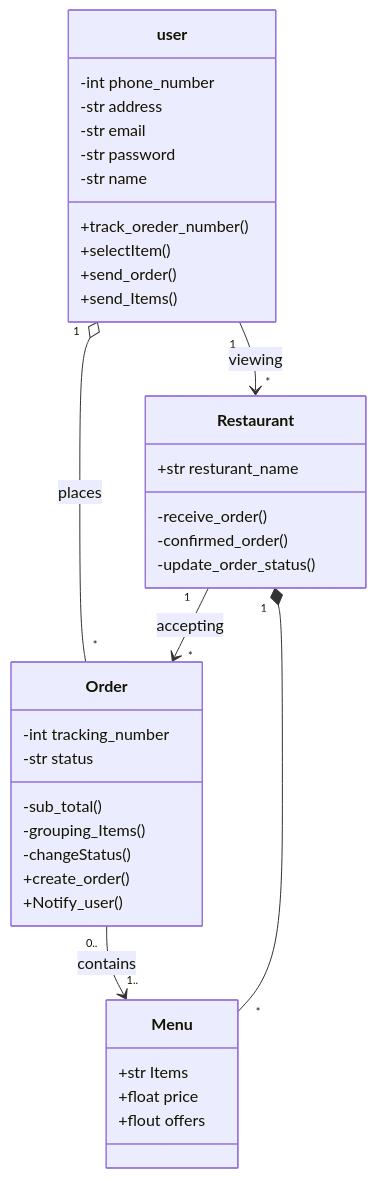
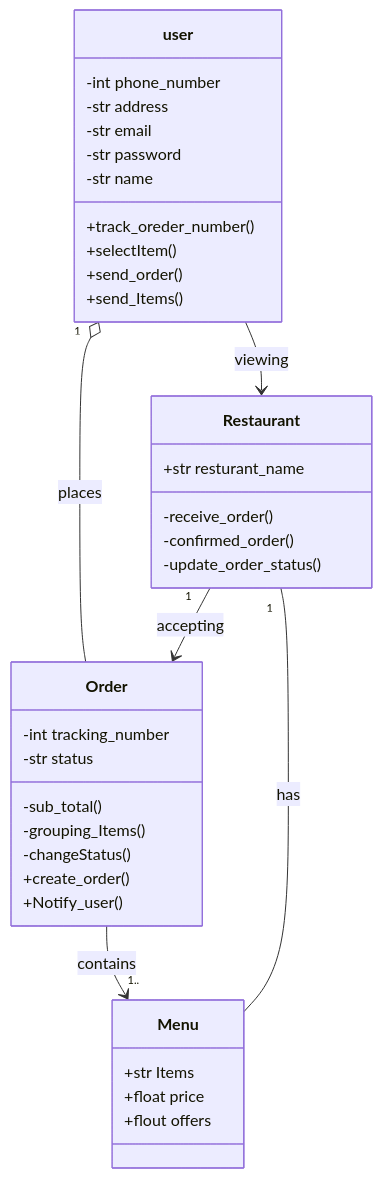
One commit to Tmadeer/Architecture_Plan_For_FoodDeliveryPlatform changed the diagram in diagramsUML/classDiagramFood.mmd. Above: the diagram before and after it, drawn with Mermaid.

Commit message:
last Update

```diff
--- a/diagramsUML/classDiagramFood.mmd
+++ b/diagramsUML/classDiagramFood.mmd
@@ -1,42 +1,42 @@
 classDiagram
 direction TB
     class Menu {
        +str  Items
        +float  price
        +flout offers
     }
 
     class Order {
        -int tracking_number
        -str status
        -sub_total()
        -grouping_Items()
        -changeStatus()
        +create_order()
        +Notify_user()
     }
 
     class Restaurant {
         +str resturant_name
         -receive_order()
         -confirmed_order()
         -update_order_status()
     }
 
     class user {
         -int phone_number
         -str address
         -str email
         -str password
         -str name
         +track_oreder_number()
         +selectItem()
         +send_order()
 	+send_Items()
     }
 
-   user "1" o-- "*" Order : places
-Restaurant "1" --> "*" Order : accepting 
-Restaurant "1" *-- "*" Menu 
-user "1" --> "*" Restaurant : viewing
-Order "0.." --> "1.." Menu : contains
+ user "1" o-- "" Order : places
+Restaurant "1" --> "" Order : accepting
+Restaurant "1" -- "" Menu : has
+user "" --> "" Restaurant : viewing
+Order "" --> "1.." Menu : contains
```
